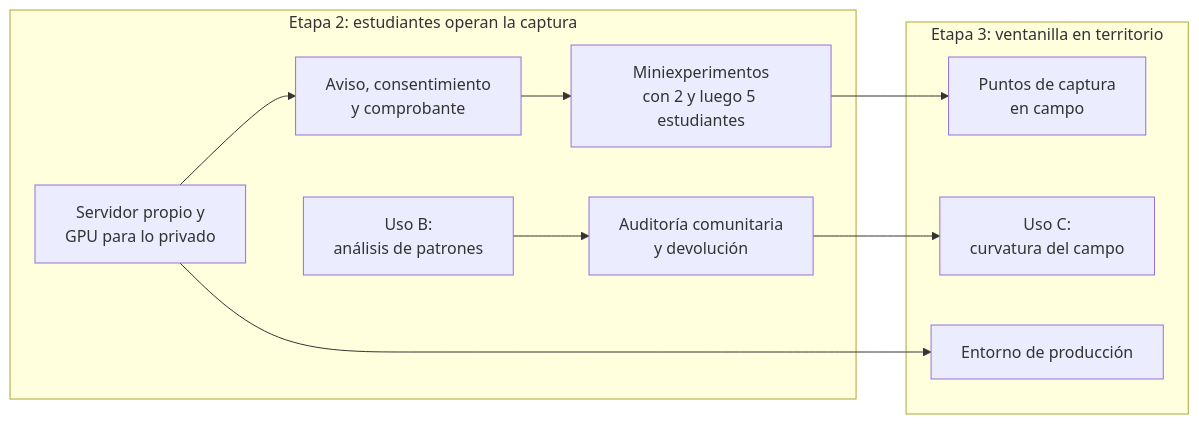
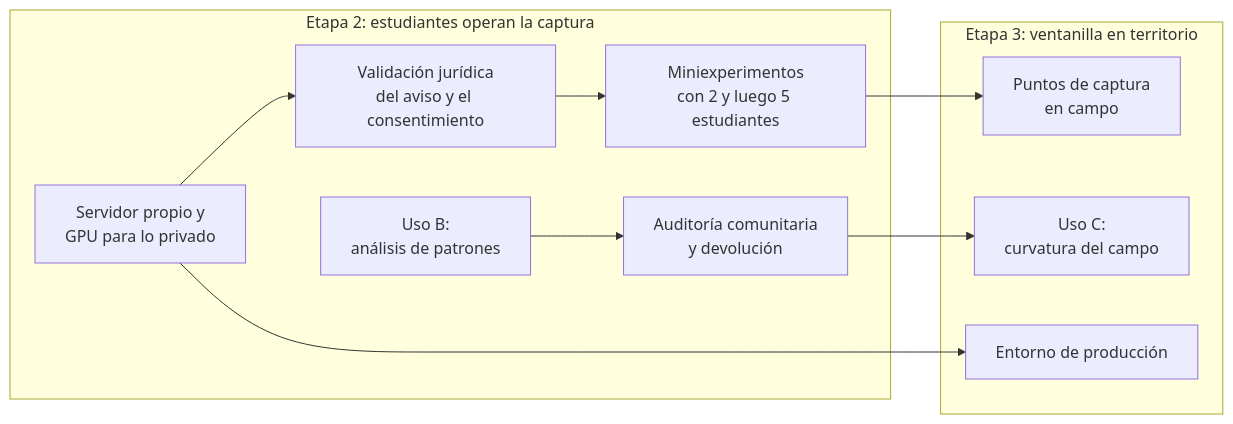
One commit to ecosistemas-de-conocimiento/ecosistemas-de-conocimiento changed the diagram in docs/01-proyecto/roadmap.md. Above: the diagram before and after it, drawn with Mermaid. The commit also changed other lines of this file and 14 other files, not shown here.

Commit message:
docs: consentimiento por recurso implementado (borrador; faltan los hechos del deploy)

````diff
--- a/docs/01-proyecto/roadmap.md
+++ b/docs/01-proyecto/roadmap.md
@@ -36,16 +36,16 @@
 ```mermaid
 flowchart LR
     subgraph E2["Etapa 2: estudiantes operan la captura"]
-        A["Aviso, consentimiento<br/>y comprobante"] --> B["Miniexperimentos<br/>con 2 y luego 5 estudiantes"]
+        A["Validación jurídica<br/>del aviso y el consentimiento"] --> B["Miniexperimentos<br/>con 2 y luego 5 estudiantes"]
         C["Servidor propio y<br/>GPU para lo privado"] --> A
         D["Uso B:<br/>análisis de patrones"] --> F["Auditoría comunitaria<br/>y devolución"]
     end
     subgraph E3["Etapa 3: ventanilla en territorio"]
         G["Puntos de captura<br/>en campo"]
         H["Uso C:<br/>curvatura del campo"]
         P["Entorno de producción"]
     end
     B --> G
     F --> H
     C --> P
 ```
````
